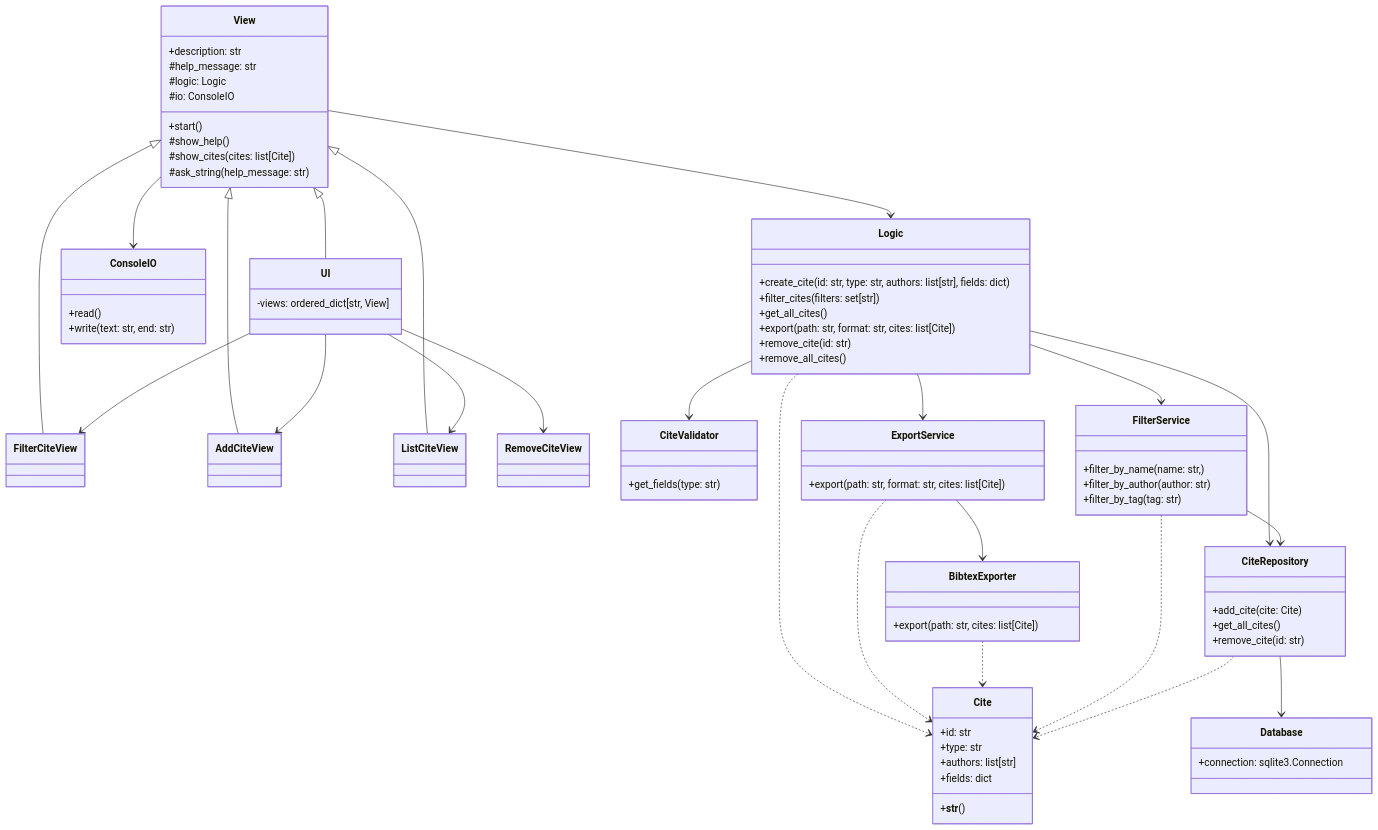
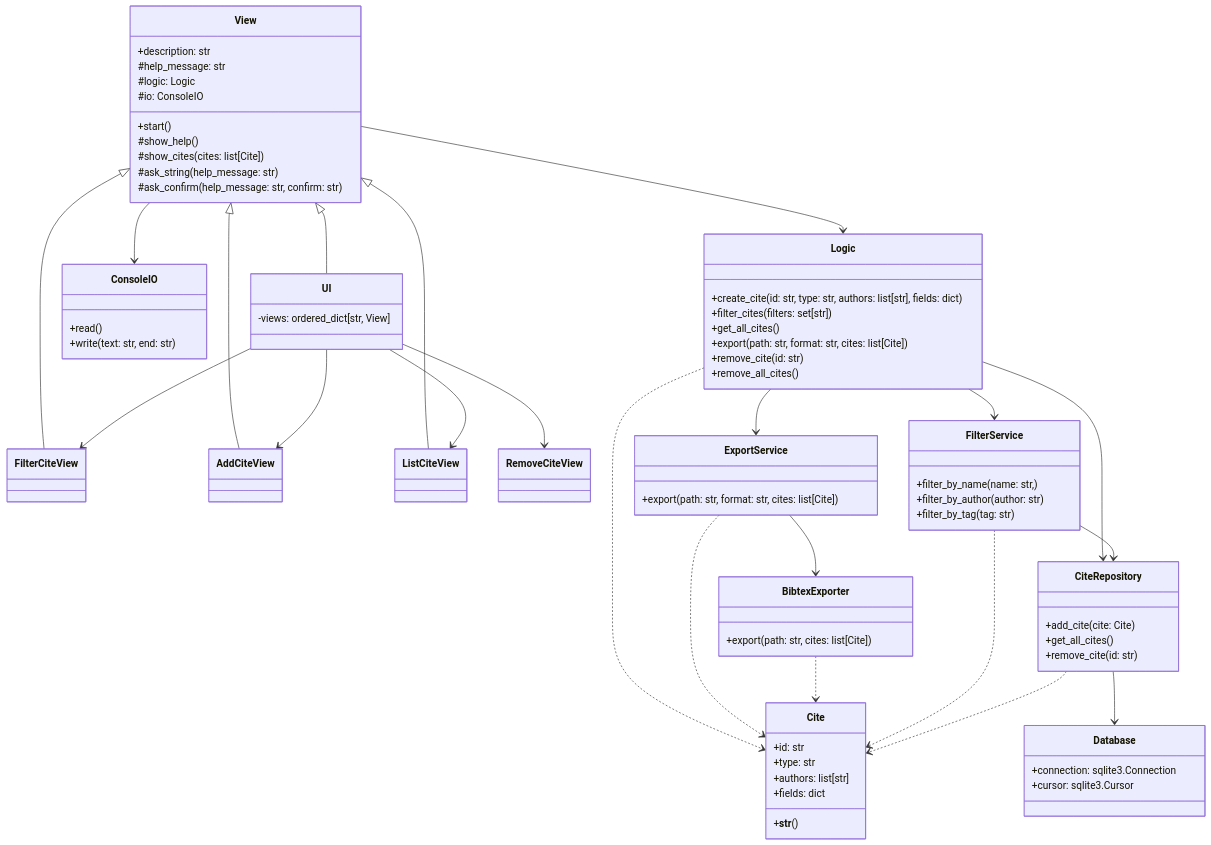
One commit to TheJiahao/ohtu-miniprojekti changed the second of 2 diagrams in docs/arkkitehtuuri.md. Above: the diagram before and after it, drawn with Mermaid.

```diff
--- a/docs/arkkitehtuuri.md
+++ b/docs/arkkitehtuuri.md
@@ -35,8 +35,6 @@
 UI --> ListCiteView
 UI --> RemoveCiteView
 
-
-Logic --> CiteValidator
 Logic ..> Cite
 Logic --> CiteRepository
 Logic --> FilterService
@@ -67,6 +65,7 @@
     #show_help()
     #show_cites(cites: list[Cite])
     #ask_string(help_message: str)
+    #ask_confirm(help_message: str, confirm: str)
 }
 
 class UI {
@@ -98,6 +97,7 @@
 
 class Database {
     +connection: sqlite3.Connection
+    +cursor: sqlite3.Cursor
 }
 
 class BibtexExporter {
@@ -108,10 +108,6 @@
     +export(path: str, format: str, cites: list[Cite])
 }
 
-class CiteValidator {
-    +get_fields(type: str)
-}
-
 class FilterService {
     +filter_by_name(name: str, )
     +filter_by_author(author: str)
```
